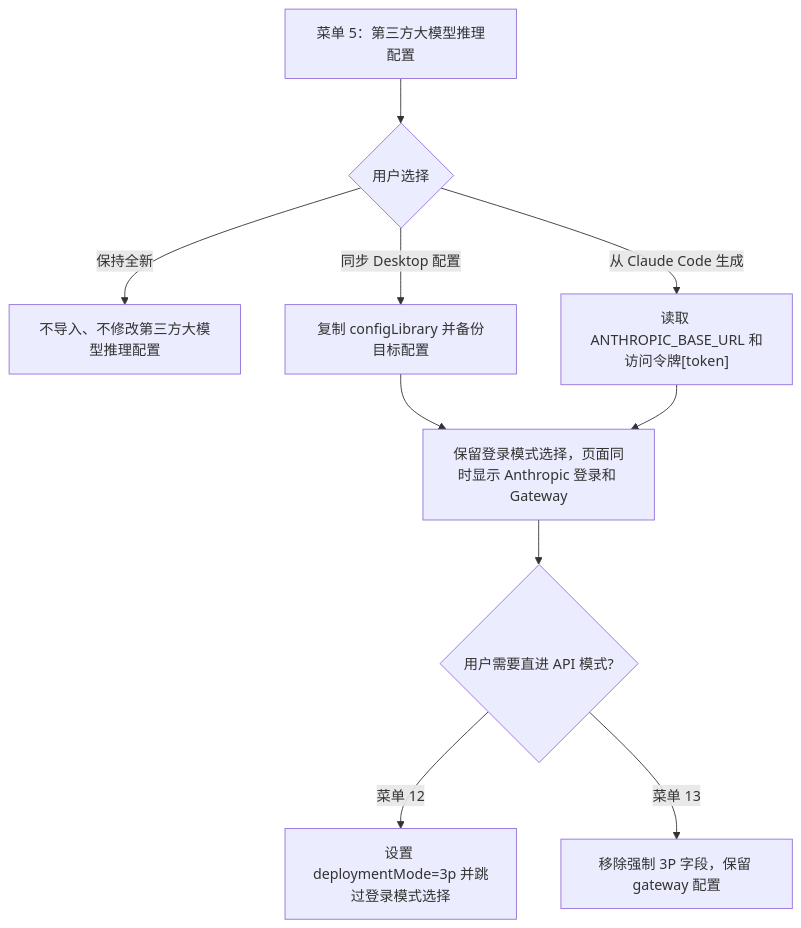
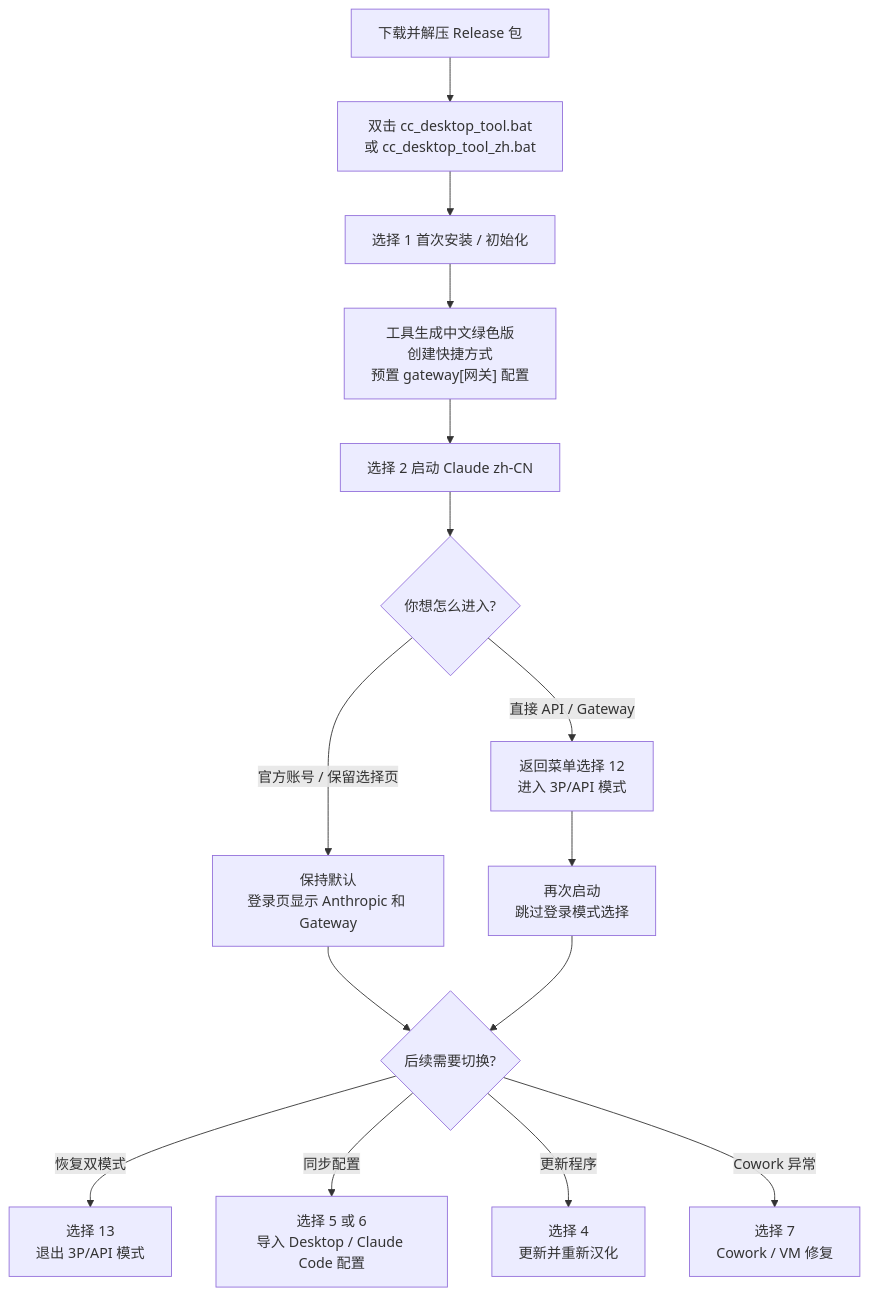
Before and after one commit to FOMO-RUN/CC-desktop-zh-cn-WIN-portable: the second of 2 diagrams in README.md, drawn with Mermaid. The commit also changed other lines of this file, not shown here.

````diff
--- a/README.md
+++ b/README.md
@@ -44,12 +84,17 @@
 ```mermaid
 flowchart TD
-    A["菜单 5：第三方大模型推理配置"] --> B{"用户选择"}
-    B -- "保持全新" --> C["不导入、不修改第三方大模型推理配置"]
-    B -- "同步 Desktop 配置" --> D["复制 configLibrary 并备份目标配置"]
-    B -- "从 Claude Code 生成" --> E["读取 ANTHROPIC_BASE_URL 和访问令牌[token]"]
-    D --> F["保留登录模式选择，页面同时显示 Anthropic 登录和 Gateway"]
-    E --> F
-    F --> G{"用户需要直进 API 模式?"}
-    G -- "菜单 12" --> H["设置 deploymentMode=3p 并跳过登录模式选择"]
-    G -- "菜单 13" --> I["移除强制 3P 字段，保留 gateway 配置"]
+    A["下载并解压 Release 包"] --> B["双击 cc_desktop_tool.bat<br/>或 cc_desktop_tool_zh.bat"]
+    B --> C["选择 1 首次安装 / 初始化"]
+    C --> D["工具生成中文绿色版<br/>创建快捷方式<br/>预置 gateway[网关] 配置"]
+    D --> E["选择 2 启动 Claude zh-CN"]
+    E --> F{"你想怎么进入?"}
+    F -- "官方账号 / 保留选择页" --> G["保持默认<br/>登录页显示 Anthropic 和 Gateway"]
+    F -- "直接 API / Gateway" --> H["返回菜单选择 12<br/>进入 3P/API 模式"]
+    H --> I["再次启动<br/>跳过登录模式选择"]
+    G --> J{"后续需要切换?"}
+    I --> J
+    J -- "恢复双模式" --> K["选择 13<br/>退出 3P/API 模式"]
+    J -- "同步配置" --> L["选择 5 或 6<br/>导入 Desktop / Claude Code 配置"]
+    J -- "更新程序" --> M["选择 4<br/>更新并重新汉化"]
+    J -- "Cowork 异常" --> N["选择 7<br/>Cowork / VM 修复"]
 ```
````
